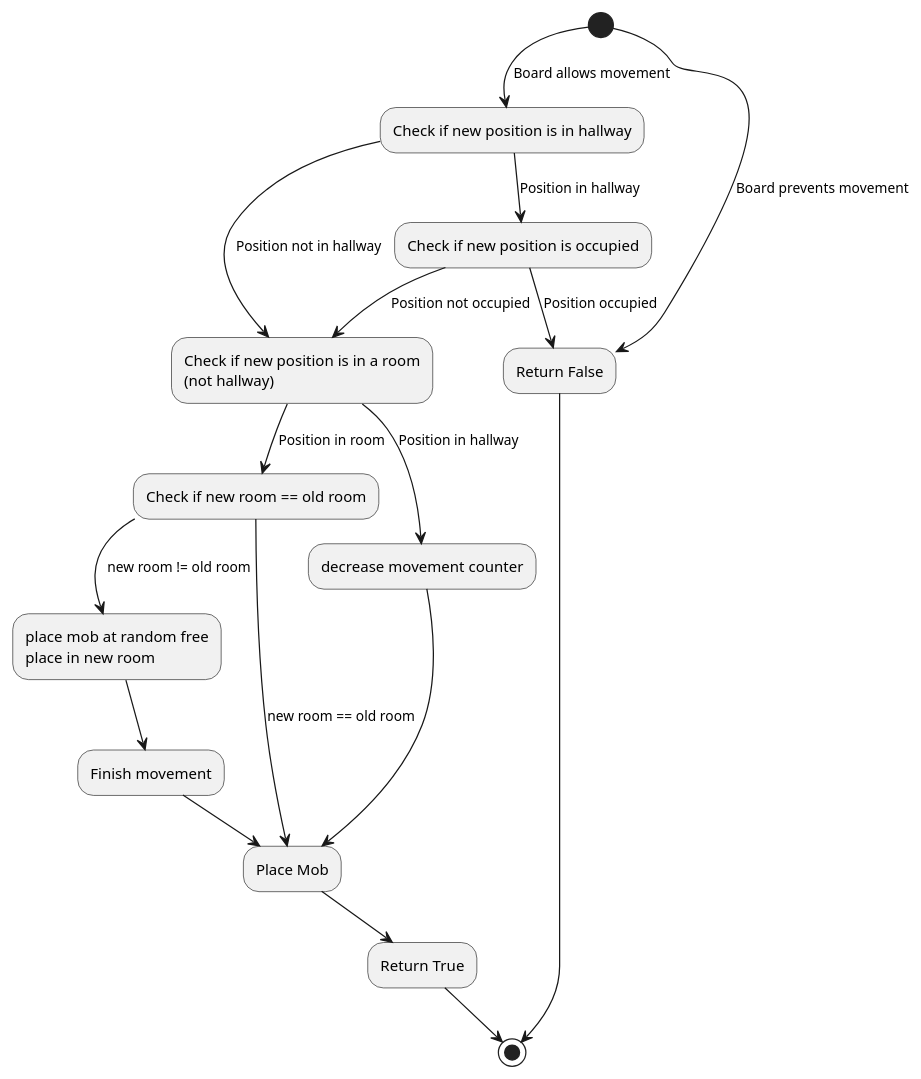
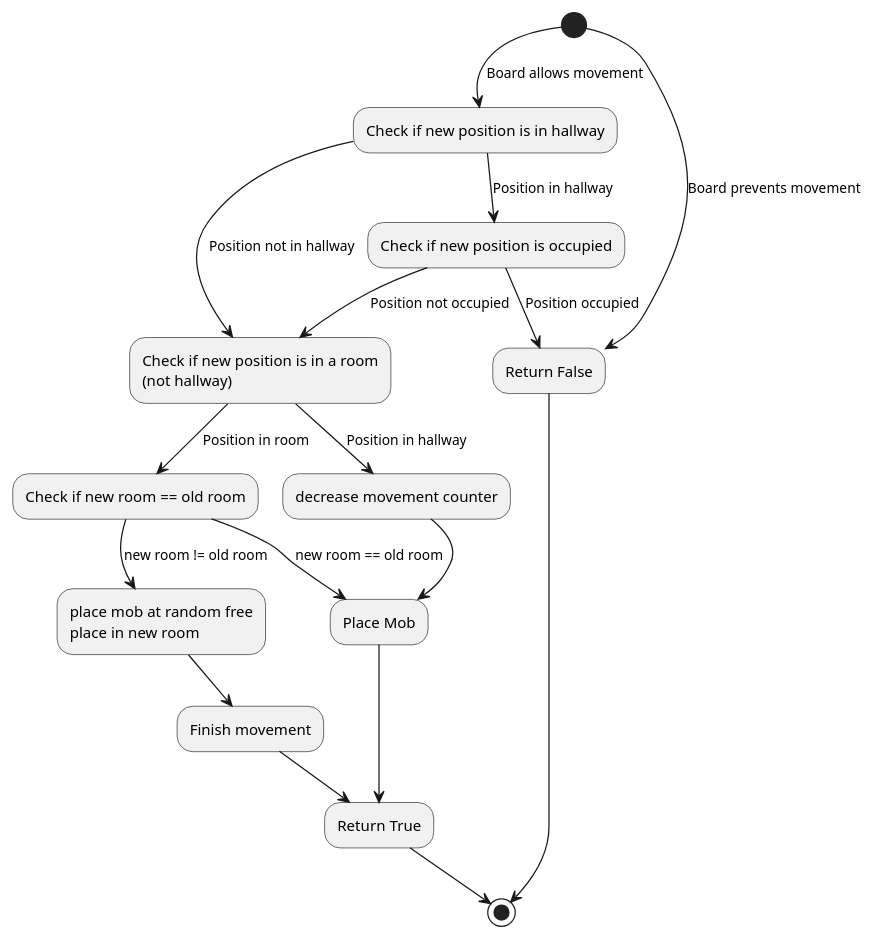
One commit to SvenMayer/cludeo changed the diagram in doc/move_mob.md. Above: the diagram before and after it, drawn with PlantUML.

Commit message:
Updated movement through room

````diff
--- a/doc/move_mob.md
+++ b/doc/move_mob.md
@@ -1,27 +1,27 @@
 ```puml
 @startuml
 (*) --> [Board allows movement] "Check if new position is in hallway"
 "Check if new position is in hallway" --> [Position in hallway] "Check if new position is occupied"
 "Check if new position is occupied" --> [Position not occupied] "Check if new position is in a room\n(not hallway)"
 
 "Check if new position is occupied" --> [Position occupied] "Return False"
 
 "Check if new position is in hallway" --> [Position not in hallway] "Check if new position is in a room\n(not hallway)"
 
 "Check if new position is in a room\n(not hallway)" --> [Position in hallway] "decrease movement counter"
 "decrease movement counter" --> "Place Mob"
 "Check if new position is in a room\n(not hallway)" --> [Position in room] "Check if new room == old room"
 "Check if new room == old room" --> [new room == old room] "Place Mob"
 "Check if new room == old room" --> [new room != old room] "place mob at random free\nplace in new room"
-"Finish movement" --> "Place Mob"
+"Finish movement" --> "Return True"
 "place mob at random free\nplace in new room" --> "Finish movement"
 
 
 (*) --> [Board prevents movement] "Return False"
 "Return False" --> (*)
 "Return True" --> (*)
 
 "Place Mob" --> "Return True"
 
 @enduml
 ```
````
